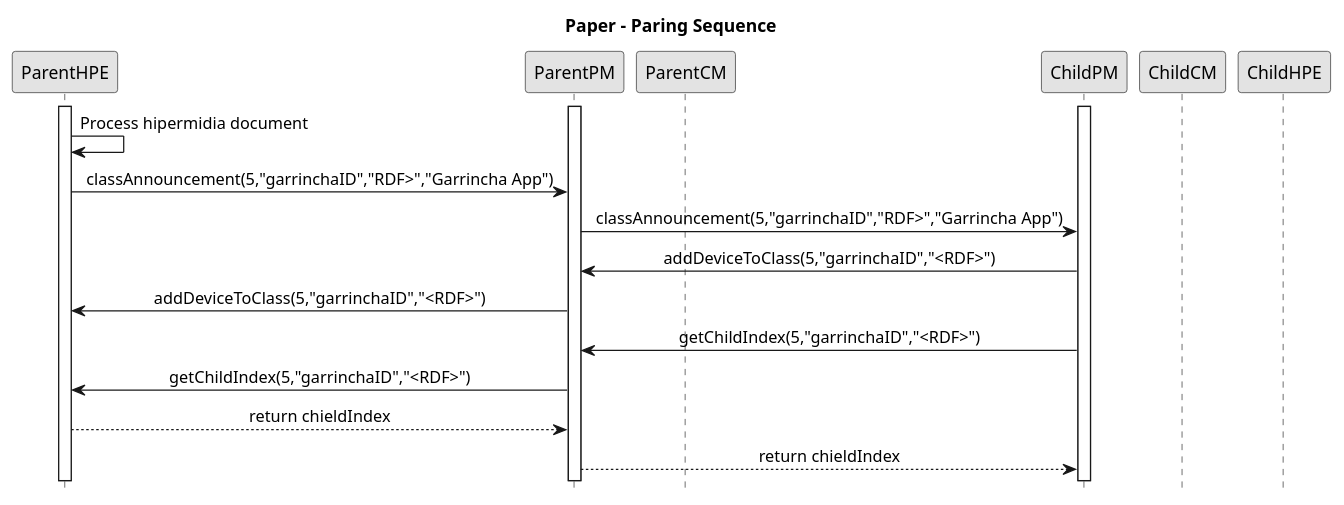
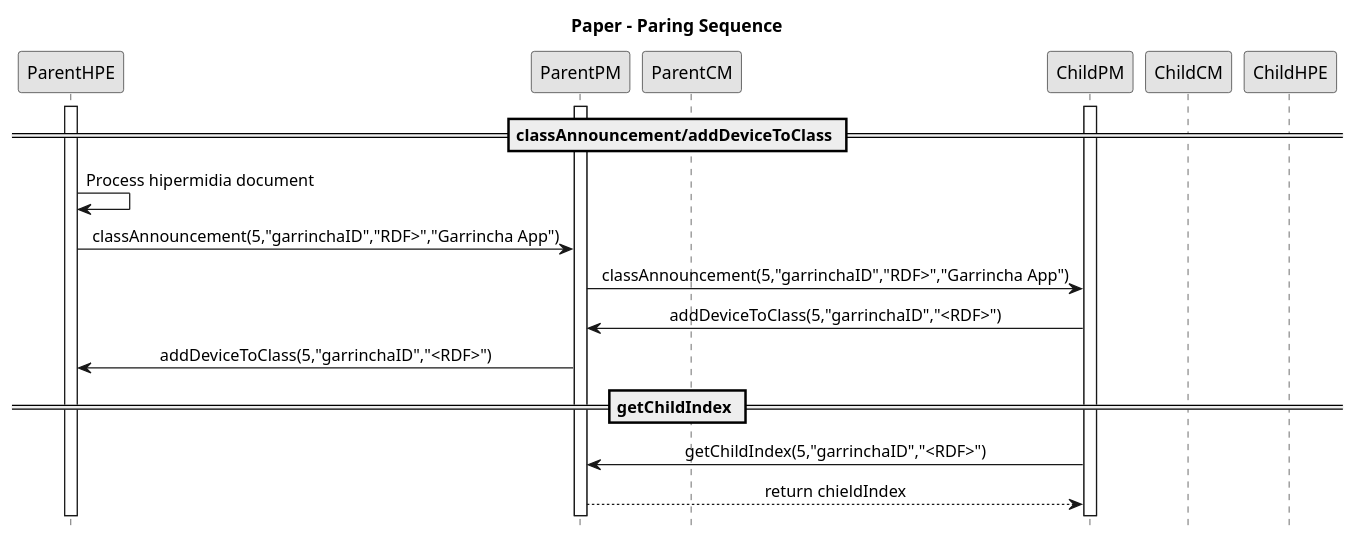
One commit to alanlivio/fsmda changed the diagram in sequence1.plantuml. Above: the diagram before and after it, drawn with PlantUML. The commit also changed other lines of this file and 7 other files, not shown here.

```diff
--- a/sequence1.plantuml
+++ b/sequence1.plantuml
@@ -2,29 +2,30 @@
 @startuml
 hide footbox
 skinparam monochrome true
 skinparam sequenceMessageAlign center
 
 participant ParentHPE
 participant ParentPM
 participant ParentCM
 participant ChildPM
 participant ChildCM
 participant ChildHPE
 
-'====================Paper - Paring and handling classes variables Sequence====================
+'''''''''''''''''Paper - Paring and handling classes variables Sequence''''''''''''''''
 title Paper - Paring Sequence
 activate ParentHPE
 activate ParentPM
 activate ChildPM
+== classAnnouncement/addDeviceToClass ==
 ParentHPE->ParentHPE: Process hipermidia document
 ParentHPE->ParentPM: classAnnouncement(5,"garrinchaID","RDF>","Garrincha App")
 ParentPM->ChildPM: classAnnouncement(5,"garrinchaID","RDF>","Garrincha App")
 ChildPM->ParentPM: addDeviceToClass(5,"garrinchaID","<RDF>")
 ParentPM->ParentHPE: addDeviceToClass(5,"garrinchaID","<RDF>")
+== getChildIndex ==
 ChildPM->ParentPM: getChildIndex(5,"garrinchaID","<RDF>")
-ParentPM->ParentHPE: getChildIndex(5,"garrinchaID","<RDF>")
-ParentHPE-->ParentPM: return chieldIndex
+
 ParentPM-->ChildPM: return chieldIndex
 
-'====================Ending PLANTUML params====================
+'''''''''''''''''Ending PLANTUML params''''''''''''''''
 @enduml
```
